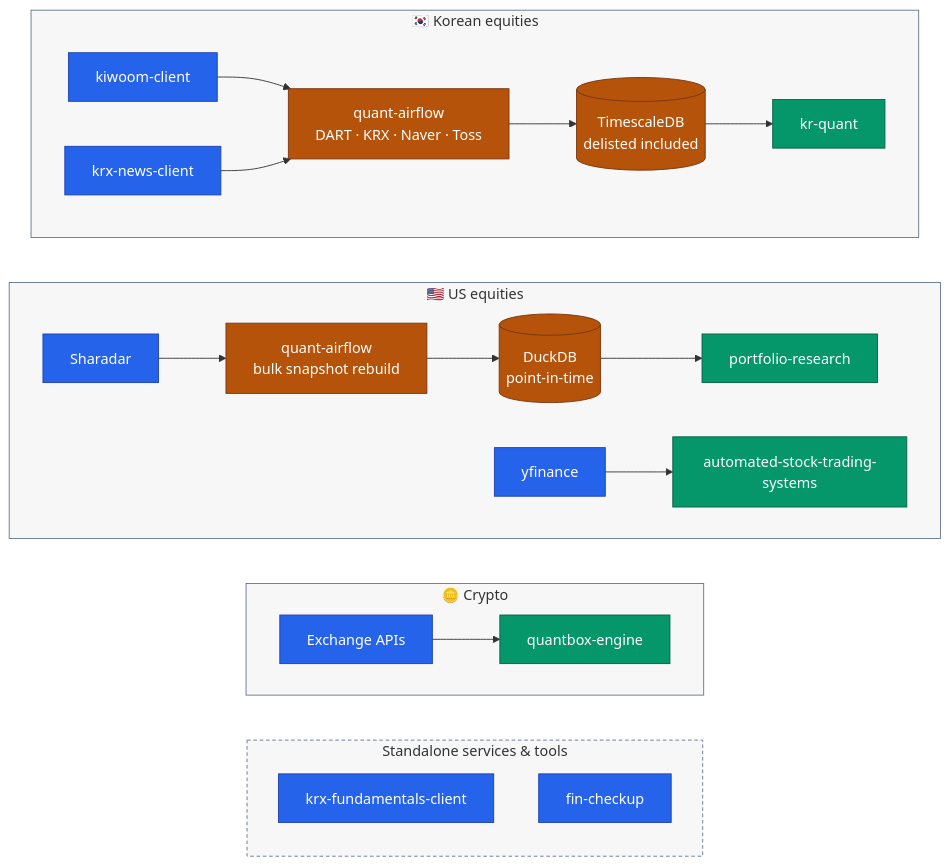
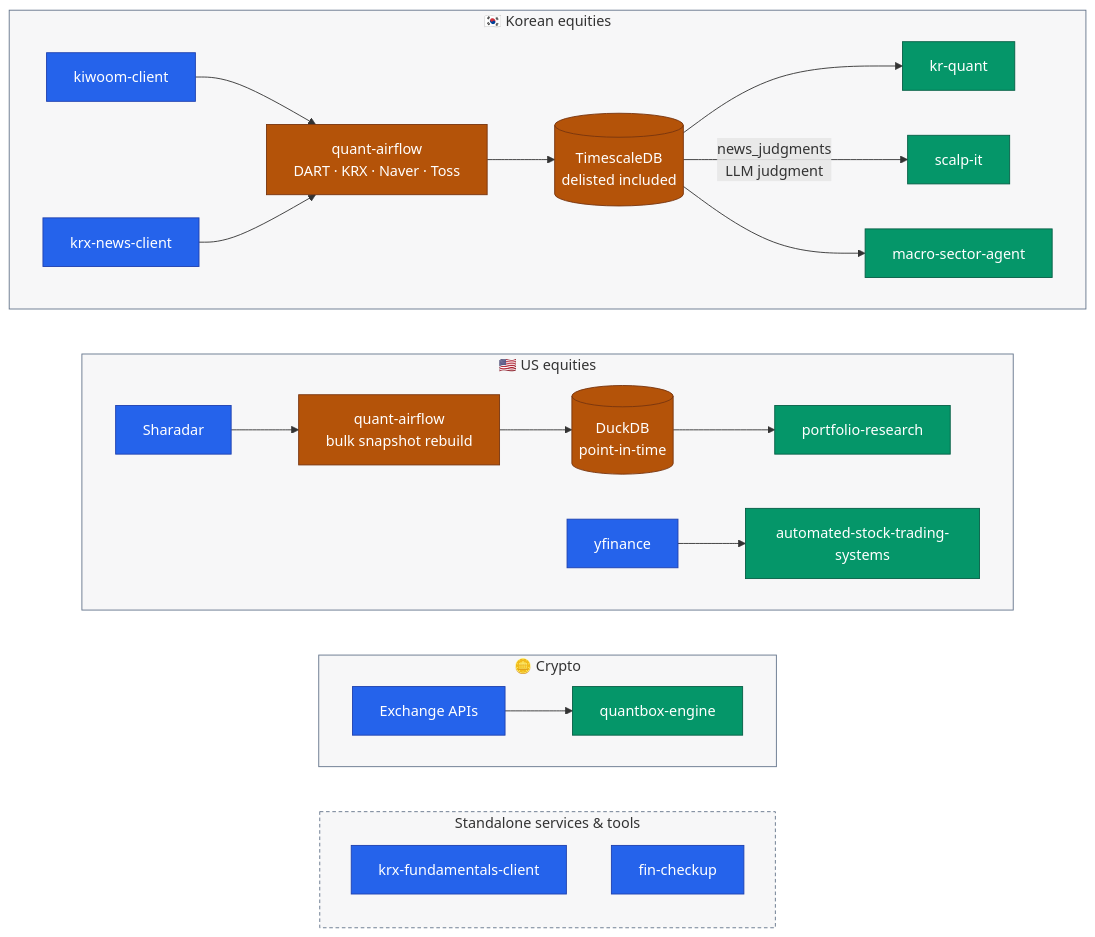
Before and after one commit to younghwan91/younghwan91: the diagram in README.md, drawn with Mermaid. The commit also changed other lines of this file and 1 other file, not shown here.

Commit message:
docs(readme): scalp-it·macro-sector-agent를 quant-airflow 다이어그램에 반영
quant-airflow가 news_judgments(LLM 뉴스/공시 판단)를 만들어 scalp-it의
장중 필터링에 공급하는 경로를 추가하고, DAG 개수(14→16)를 최신화한다.

Claude-Session: https://claude.ai/code/session_01Bw1mhpPri84snwHmmrGzMx

````diff
--- a/README.md
+++ b/README.md
@@ -21,41 +21,43 @@
 ```mermaid
 flowchart TB
     subgraph KR ["🇰🇷 Korean equities"]
         direction LR
         K["kiwoom-client"] --> AF["quant-airflow<br/>DART · KRX · Naver · Toss"] --> DB[("TimescaleDB<br/>delisted included")] --> Q["kr-quant"]
         NW["krx-news-client"] --> AF
+        DB -- "news_judgments<br/>LLM judgment" --> SC["scalp-it"]
+        DB --> MS["macro-sector-agent"]
     end
 
     subgraph US ["🇺🇸 US equities"]
         direction LR
         SH["Sharadar"] --> AFU["quant-airflow<br/>bulk snapshot rebuild"] --> DD[("DuckDB<br/>point-in-time")] --> O["portfolio-research"]
         YF["yfinance"] --> AT["automated-stock-trading-systems"]
     end
 
     subgraph CX ["🪙 Crypto"]
         direction LR
         EX["Exchange APIs"] --> CR["quantbox-engine"]
     end
 
     subgraph SVC ["Standalone services & tools"]
         direction TB
         F["krx-fundamentals-client"]
         FC["fin-checkup"]
     end
 
     %% 세로 정렬용 — `~~~` 는 그 자체로 보이지 않는 링크다(linkStyle 불필요).
     KR ~~~ US ~~~ CX ~~~ SVC
 
     classDef source fill:#2563EB,stroke:#1E40AF,color:#FFFFFF
     classDef move   fill:#B45309,stroke:#78350F,color:#FFFFFF
     classDef out    fill:#059669,stroke:#065F46,color:#FFFFFF
 
     class K,SH,YF,EX,F,NW,FC source
     class AF,AFU,DB,DD move
-    class Q,O,AT,CR out
+    class Q,O,AT,CR,SC,MS out
 
     style KR  fill:#0F172A08,stroke:#64748B
     style US  fill:#0F172A08,stroke:#64748B
     style CX  fill:#0F172A08,stroke:#64748B
     style SVC fill:#0F172A08,stroke:#64748B,stroke-dasharray:4 3
 ```
````
